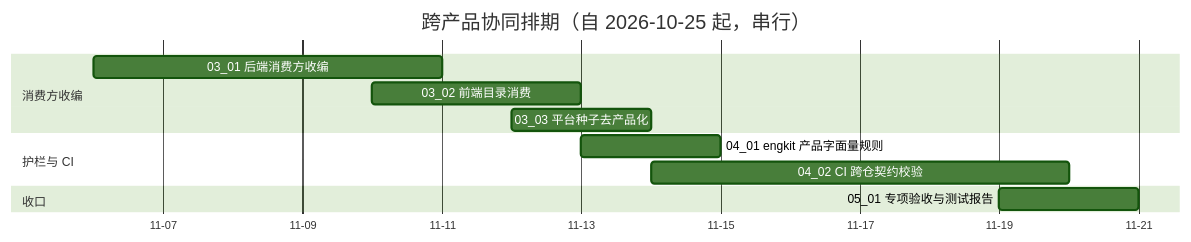
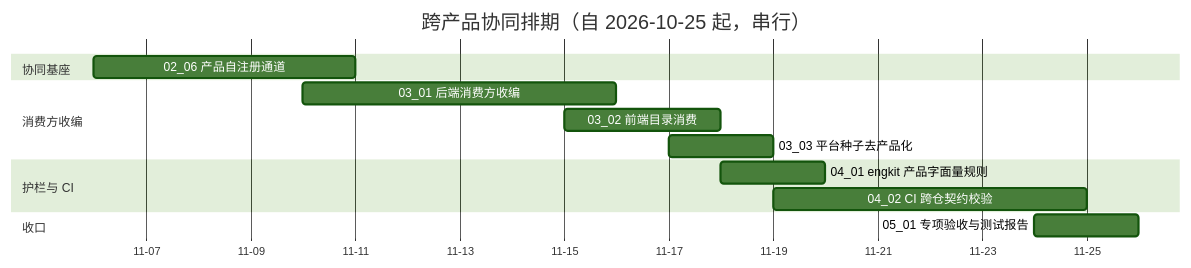
Before and after one commit to minjian123/basic-management-system: the diagram in bms文档/项目/07B_跨产品协同/计划/01_计划_跨产品协同.md, drawn with Mermaid (forest theme). The commit also changed other lines of this file and 6 other files, not shown here.

````diff
--- a/bms文档/项目/07B_跨产品协同/计划/01_计划_跨产品协同.md
+++ b/bms文档/项目/07B_跨产品协同/计划/01_计划_跨产品协同.md
@@ -39,16 +40,17 @@
 ```mermaid
 gantt
     title 跨产品协同排期（自 2026-10-25 起，串行）
     dateFormat  YYYY-MM-DD
     axisFormat %m-%d
     section 协同基座
+    02_06 产品自注册通道 :a0206, 2026-11-06, 5d
     section 消费方收编
-    03_01 后端消费方收编 :a0301, 2026-11-06, 5d
-    03_02 前端目录消费 :a0302, 2026-11-10, 3d
-    03_03 平台种子去产品化 :a0303, 2026-11-12, 2d
+    03_01 后端消费方收编 :a0301, 2026-11-10, 6d
+    03_02 前端目录消费 :a0302, 2026-11-15, 3d
+    03_03 平台种子去产品化 :a0303, 2026-11-17, 2d
     section 护栏与 CI
-    04_01 engkit 产品字面量规则 :a0401, 2026-11-13, 2d
-    04_02 CI 跨仓契约校验 :a0402, 2026-11-14, 6d
+    04_01 engkit 产品字面量规则 :a0401, 2026-11-18, 2d
+    04_02 CI 跨仓契约校验 :a0402, 2026-11-19, 6d
     section 收口
-    05_01 专项验收与测试报告 :a0501, 2026-11-19, 2d
+    05_01 专项验收与测试报告 :a0501, 2026-11-24, 2d
 ```
````
